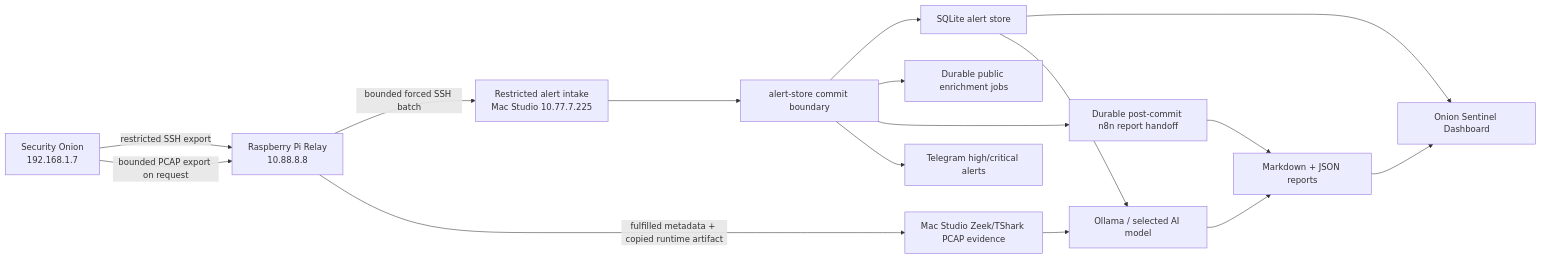
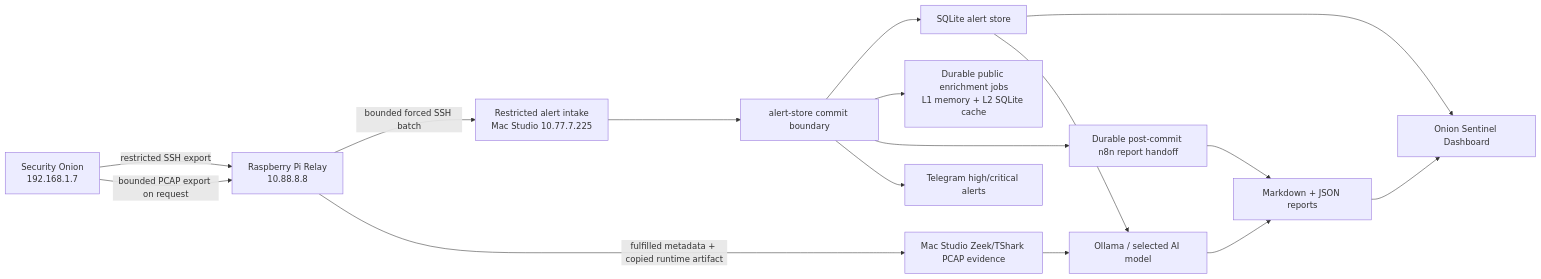
Before and after one commit to ArronJablonowski/OnionSentinel: the diagram in README.md, drawn with Mermaid. The commit also changed other lines of this file and 104 other files, not shown here.

````diff
--- a/README.md
+++ b/README.md
@@ -9,18 +9,18 @@
 ```mermaid
 flowchart LR
   SO["Security Onion\n192.168.1.7"] -->|restricted SSH export| PI["Raspberry Pi Relay\n10.88.8.8"]
   PI -->|bounded forced SSH batch| INTAKE["Restricted alert intake\nMac Studio 10.77.7.225"]
   INTAKE --> STORE["alert-store commit boundary"]
   STORE --> DB["SQLite alert store"]
-  STORE --> ENRICH["Durable public enrichment jobs"]
+  STORE --> ENRICH["Durable public enrichment jobs\nL1 memory + L2 SQLite cache"]
   STORE --> N8N["Durable post-commit n8n report handoff"]
   N8N --> MD["Markdown + JSON reports"]
   STORE --> TG["Telegram high/critical alerts"]
   DB --> UI["Onion Sentinel Dashboard"]
   MD --> UI
   SO -->|bounded PCAP export on request| PI
   PI -->|fulfilled metadata + copied runtime artifact| PCAP["Mac Studio Zeek/TShark PCAP evidence"]
   PCAP --> LLM
   DB --> LLM["Ollama / selected AI model"]
   LLM --> MD
 ```
````
